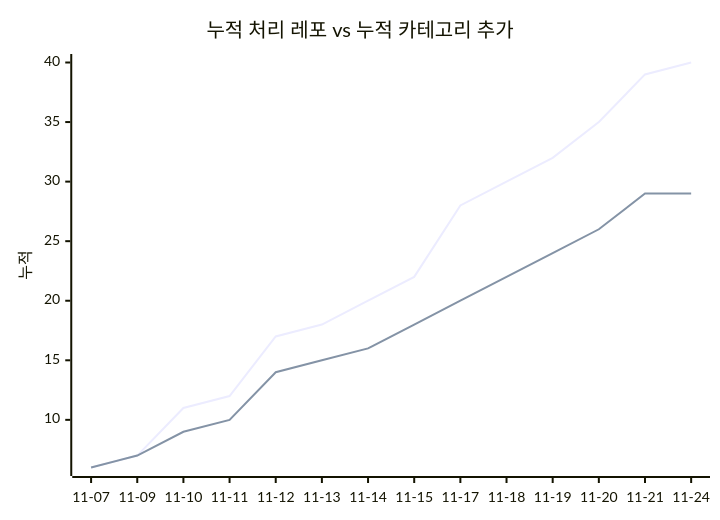
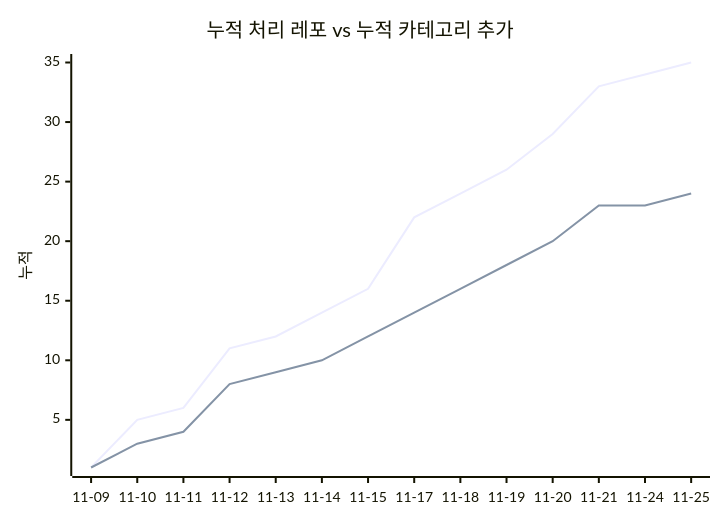
The second of 2 diagrams in docs/trends.md (J-nowcow/awesome-korean-agent-skills), drawn with Mermaid before and after one commit. The commit also changed other lines of this file and 27 other files, not shown here.

````diff
--- a/docs/trends.md
+++ b/docs/trends.md
@@ -68,8 +68,8 @@
 ```mermaid
 xychart-beta
     title "누적 처리 레포 vs 누적 카테고리 추가"
-    x-axis ["11-07","11-09","11-10","11-11","11-12","11-13","11-14","11-15","11-17","11-18","11-19","11-20","11-21","11-24"]
+    x-axis ["11-09","11-10","11-11","11-12","11-13","11-14","11-15","11-17","11-18","11-19","11-20","11-21","11-24","11-25"]
     y-axis "누적"
-    line [6,7,11,12,17,18,20,22,28,30,32,35,39,40]
-    line [6,7,9,10,14,15,16,18,20,22,24,26,29,29]
+    line [1,5,6,11,12,14,16,22,24,26,29,33,34,35]
+    line [1,3,4,8,9,10,12,14,16,18,20,23,23,24]
 ```
````
